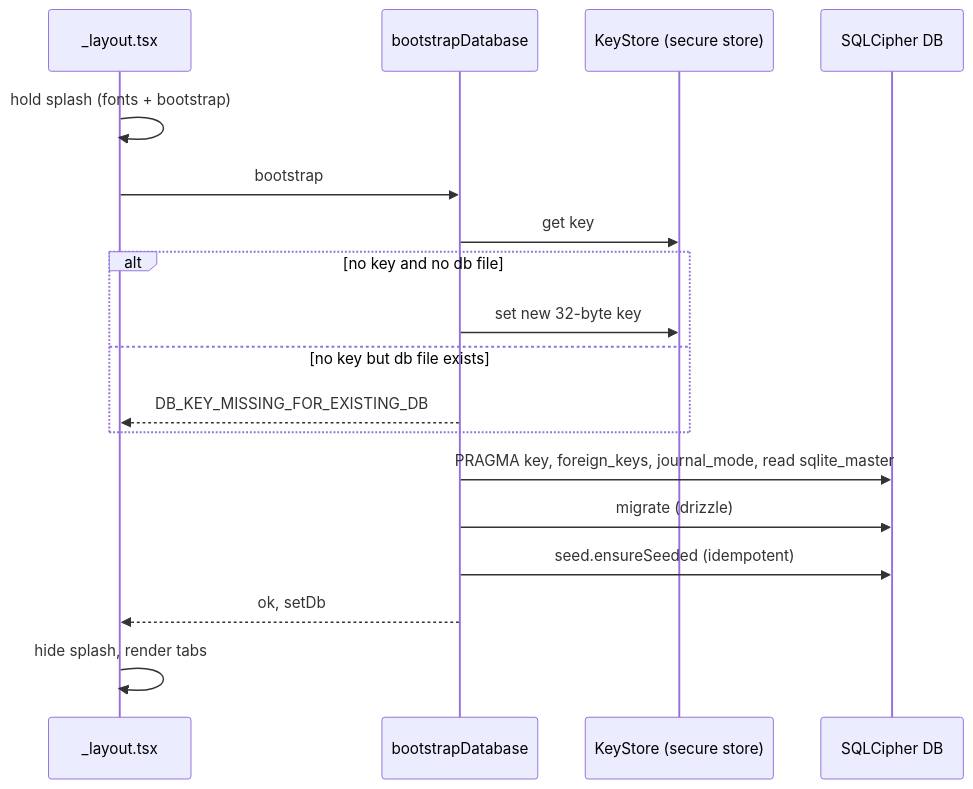
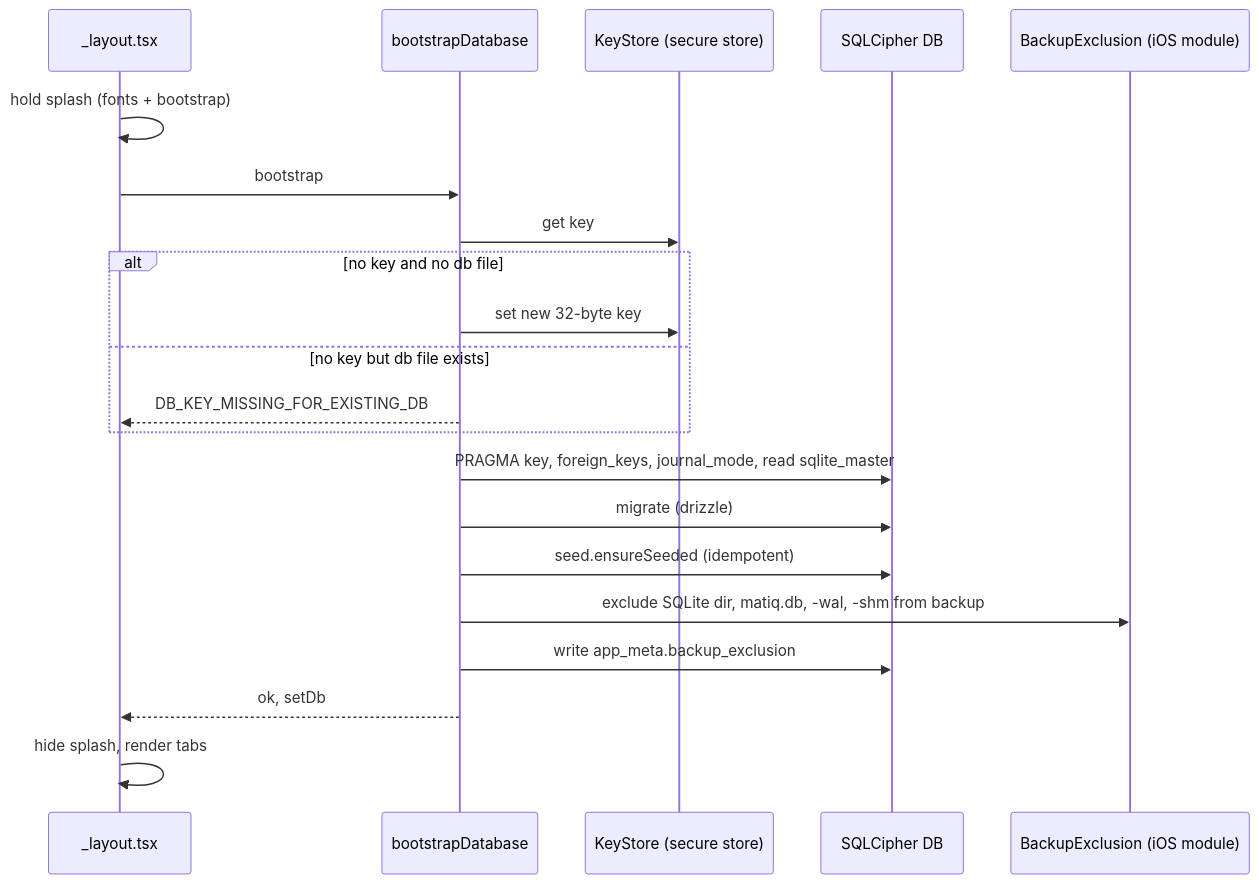
One commit to koenbtnt/matiq changed the second of 3 diagrams in docs/architecture/06-runtime.md. Above: the diagram before and after it, drawn with Mermaid. The commit also changed other lines of this file and 19 other files, not shown here.

Commit message:
docs(progress-settings): architecture, ADRs, rulings, requirements, data model

````diff
--- a/docs/architecture/06-runtime.md
+++ b/docs/architecture/06-runtime.md
@@ -24,20 +24,23 @@
 ```mermaid
 sequenceDiagram
   participant L as _layout.tsx
   participant B as bootstrapDatabase
   participant K as KeyStore (secure store)
   participant D as SQLCipher DB
+  participant X as BackupExclusion (iOS module)
   L->>L: hold splash (fonts + bootstrap)
   L->>B: bootstrap
   B->>K: get key
   alt no key and no db file
     B->>K: set new 32-byte key
   else no key but db file exists
     B-->>L: DB_KEY_MISSING_FOR_EXISTING_DB
   end
   B->>D: PRAGMA key, foreign_keys, journal_mode, read sqlite_master
   B->>D: migrate (drizzle)
   B->>D: seed.ensureSeeded (idempotent)
+  B->>X: exclude SQLite dir, matiq.db, -wal, -shm from backup
+  B->>D: write app_meta.backup_exclusion
   B-->>L: ok, setDb
   L->>L: hide splash, render tabs
 ```
````
